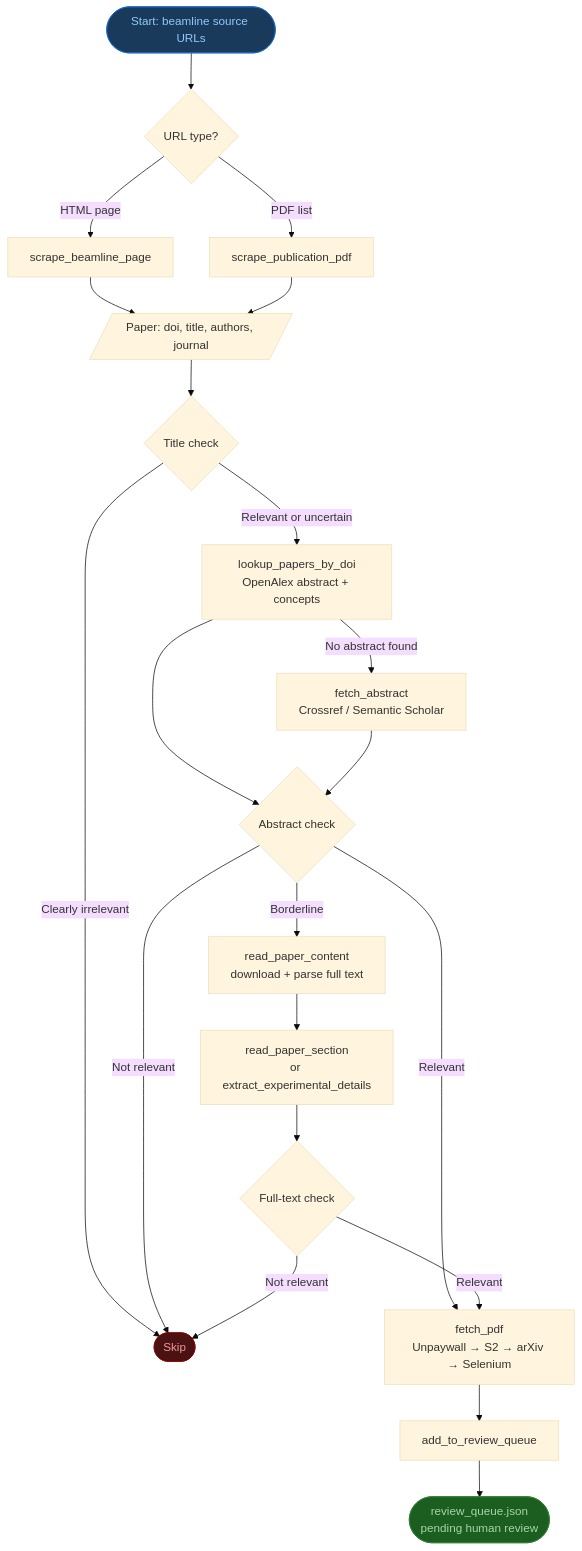
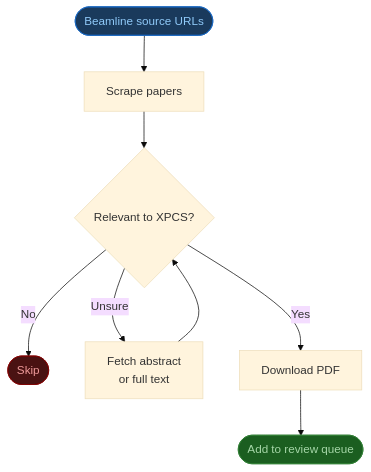
Before and after one commit to MadelineMiller/llm-xpcs-eval: the diagram in README.md, drawn with Mermaid (base theme).

````diff
--- a/README.md
+++ b/README.md
@@ -49,32 +49,14 @@
 ```mermaid
 flowchart TD
-    A([Start: beamline source URLs]) --> B{URL type?}
+    A([Beamline source URLs]) --> B[Scrape papers]
+    B --> C{Relevant to XPCS?}
+    C -->|No| D([Skip])
+    C -->|Unsure| E[Fetch abstract\nor full text]
+    E --> C
+    C -->|Yes| F[Download PDF]
+    F --> G([Add to review queue])
 
-    B -->|HTML page| C[scrape_beamline_page]
-    B -->|PDF list| D[scrape_publication_pdf]
-
-    C & D --> E[/Paper: doi, title, authors, journal/]
-
-    E --> F{Title check}
-    F -->|Clearly irrelevant| SKIP([Skip])
-    F -->|Relevant or uncertain| G[lookup_papers_by_doi\nOpenAlex abstract + concepts]
-
-    G -->|No abstract found| G2[fetch_abstract\nCrossref / Semantic Scholar]
-    G & G2 --> H{Abstract check}
-
-    H -->|Not relevant| SKIP
-    H -->|Relevant| I[fetch_pdf\nUnpaywall → S2 → arXiv → Selenium]
-    H -->|Borderline| J[read_paper_content\ndownload + parse full text]
-
-    J --> K[read_paper_section\nor extract_experimental_details]
-    K --> H2{Full-text check}
-    H2 -->|Not relevant| SKIP
-    H2 -->|Relevant| I
-
-    I --> L[add_to_review_queue]
-    L --> M([review_queue.json\npending human review])
-
-    style SKIP fill:#4a1212,color:#ef9a9a,stroke:#7f0000
-    style M fill:#1b5e20,color:#a5d6a7,stroke:#2e7d32
+    style D fill:#4a1212,color:#ef9a9a,stroke:#7f0000
+    style G fill:#1b5e20,color:#a5d6a7,stroke:#2e7d32
     style A fill:#1a3a5c,color:#90caf9,stroke:#1565c0
 ```
````
